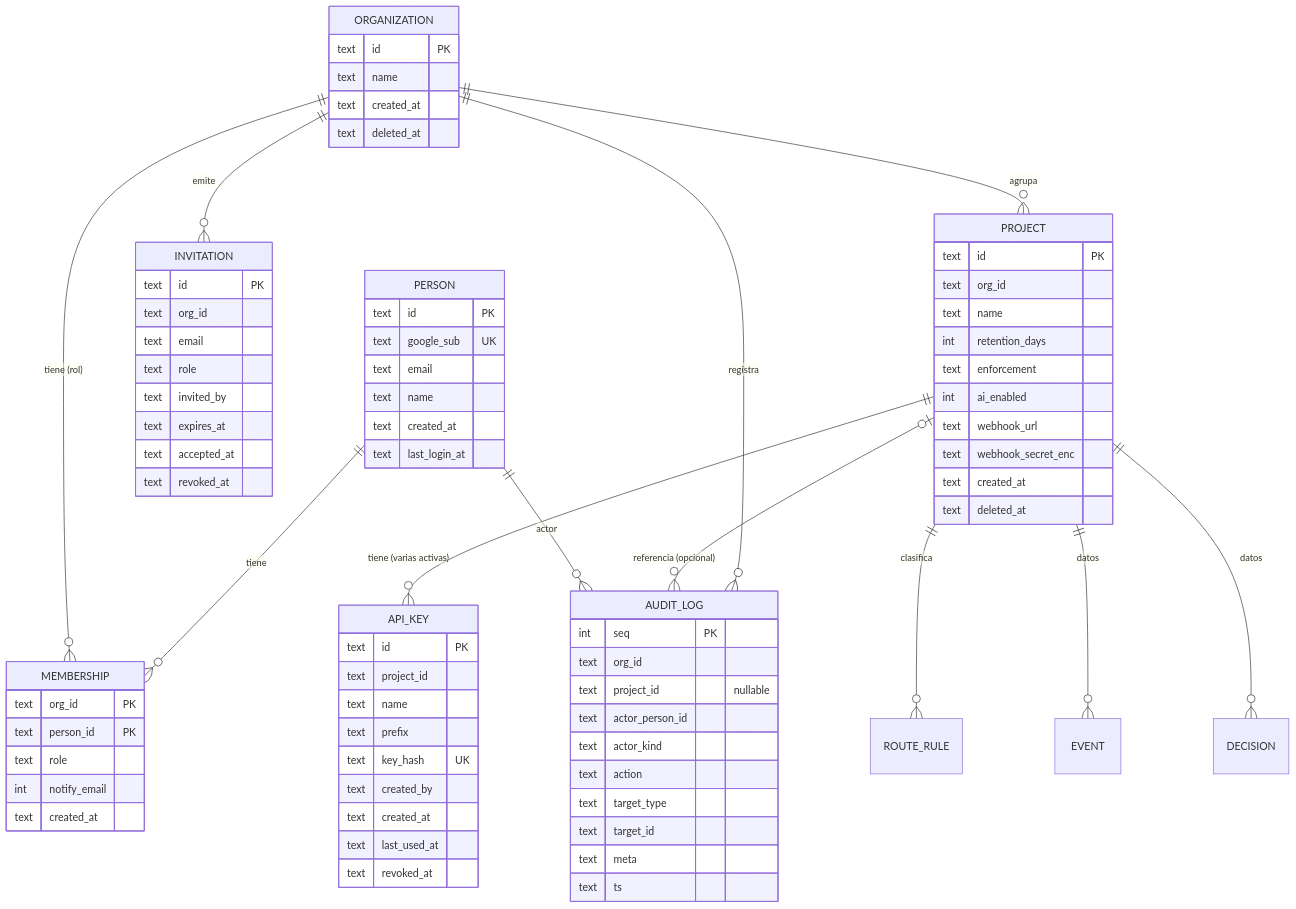
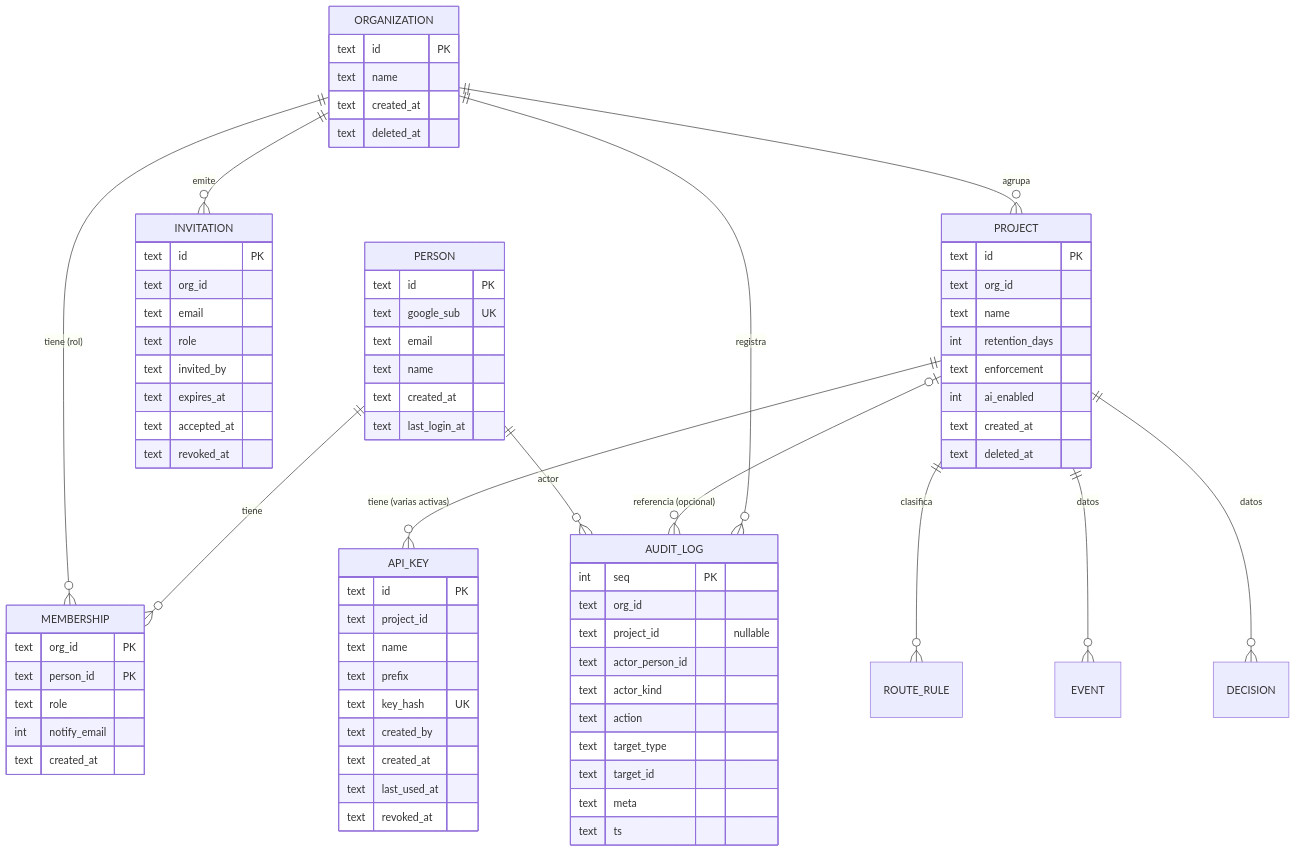
The diagram in docs/DISENO-PRODUCTO.md (Juanalv1/veridian), drawn with Mermaid before and after one commit. The commit also changed other lines of this file and 9 other files, not shown here.

````diff
--- a/docs/DISENO-PRODUCTO.md
+++ b/docs/DISENO-PRODUCTO.md
@@ -37,67 +37,65 @@
 ```mermaid
 erDiagram
     PERSON ||--o{ MEMBERSHIP : "tiene"
     ORGANIZATION ||--o{ MEMBERSHIP : "tiene (rol)"
     ORGANIZATION ||--o{ INVITATION : "emite"
     ORGANIZATION ||--o{ PROJECT : "agrupa"
     ORGANIZATION ||--o{ AUDIT_LOG : "registra"
     PROJECT ||--o{ API_KEY : "tiene (varias activas)"
     PROJECT |o--o{ AUDIT_LOG : "referencia (opcional)"
     PERSON ||--o{ AUDIT_LOG : "actor"
     PROJECT ||--o{ ROUTE_RULE : "clasifica"
     PROJECT ||--o{ EVENT : "datos"
     PROJECT ||--o{ DECISION : "datos"
 
     PERSON { text id PK
              text google_sub UK
              text email
              text name
              text created_at
              text last_login_at }
     ORGANIZATION { text id PK
                    text name
                    text created_at
                    text deleted_at }
     PROJECT { text id PK
               text org_id
               text name
               int retention_days
               text enforcement
               int ai_enabled
-              text webhook_url
-              text webhook_secret_enc
               text created_at
               text deleted_at }
     MEMBERSHIP { text org_id PK
                  text person_id PK
                  text role
                  int notify_email
                  text created_at }
     INVITATION { text id PK
                  text org_id
                  text email
                  text role
                  text invited_by
                  text expires_at
                  text accepted_at
                  text revoked_at }
     API_KEY { text id PK
               text project_id
               text name
               text prefix
               text key_hash UK
               text created_by
               text created_at
               text last_used_at
               text revoked_at }
     AUDIT_LOG { int seq PK
                 text org_id
                 text project_id "nullable"
                 text actor_person_id
                 text actor_kind
                 text action
                 text target_type
                 text target_id
                 text meta
                 text ts }
 ```
````
